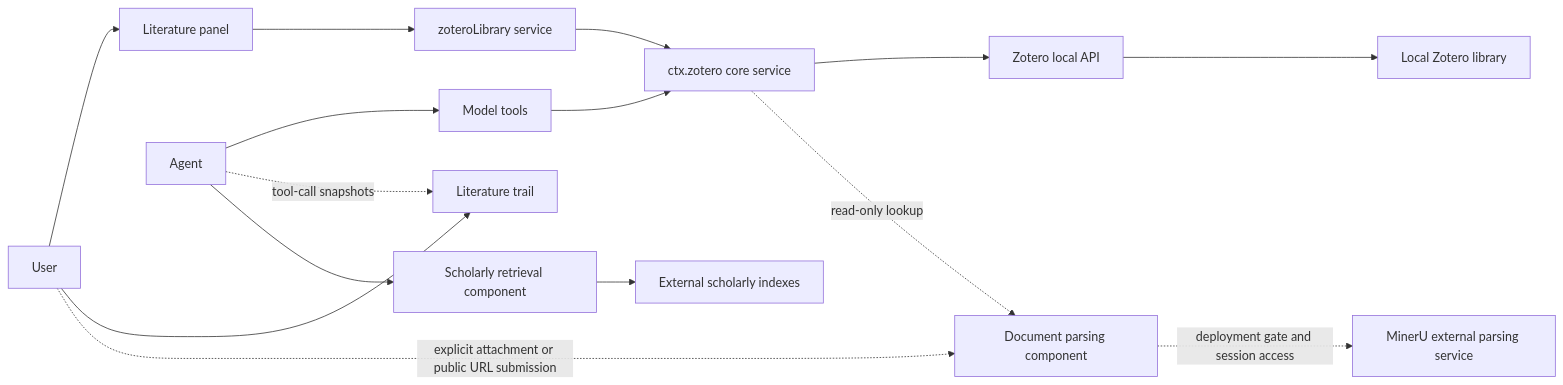
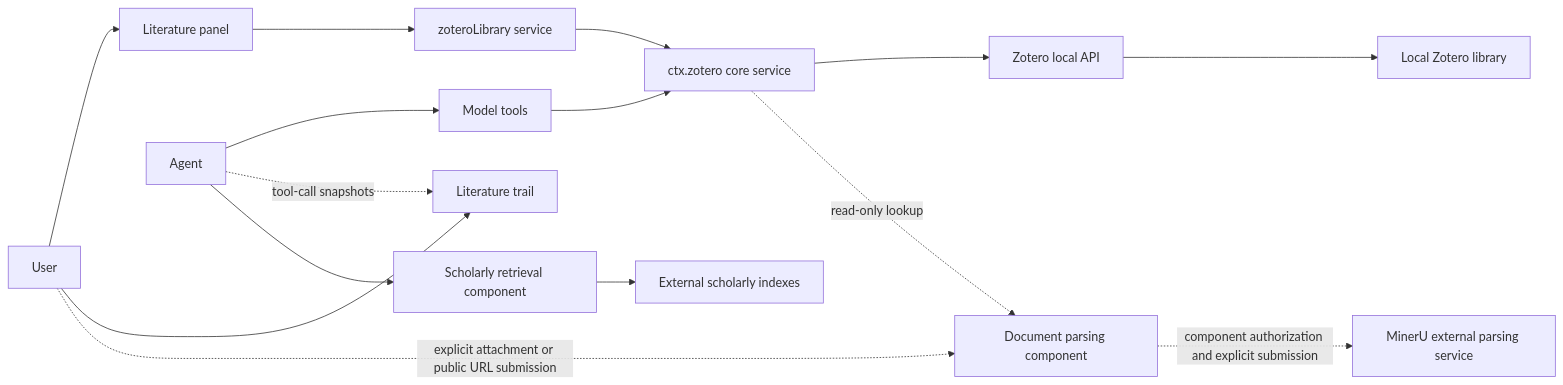
The diagram in docs/product-model.en.md (Vncntvx/dsh-zotero), drawn with Mermaid before and after one commit. The commit also changed other lines of this file and 88 other files, not shown here.

````diff
--- a/docs/product-model.en.md
+++ b/docs/product-model.en.md
@@ -68,16 +68,16 @@
 ```mermaid
 graph LR
     U[User] --> P[Literature panel]
     A[Agent] --> T[Model tools]
     P --> LS[zoteroLibrary service]
     T --> S[ctx.zotero core service]
     LS --> S
     S --> Z[Zotero local API]
     Z --> L[Local Zotero library]
     A -.->|tool-call snapshots| TR[Literature trail]
     U --> TR
     A --> X[Scholarly retrieval component] --> E[External scholarly indexes]
     S -.->|read-only lookup| PA[Document parsing component]
     U -.->|explicit attachment or public URL submission| PA
-    PA -.->|deployment gate and session access| M[MinerU external parsing service]
+    PA -.->|component authorization and explicit submission| M[MinerU external parsing service]
 ```
````
